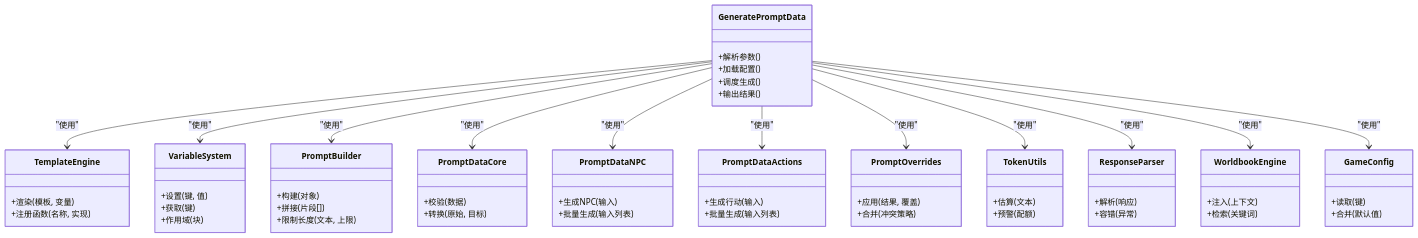
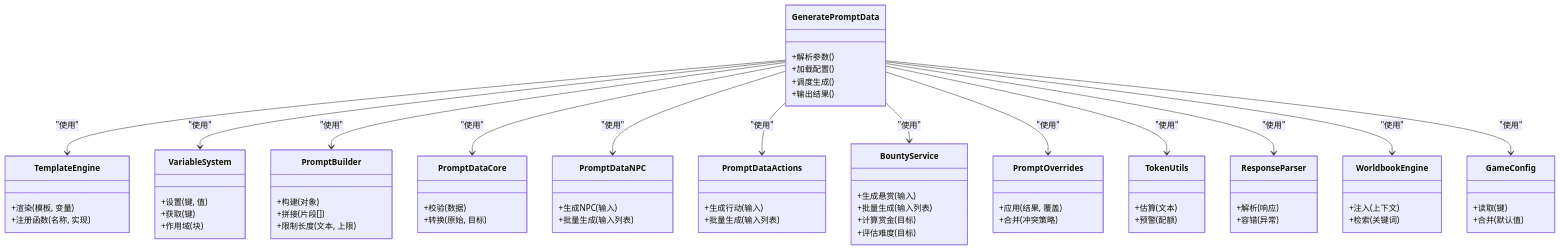
The third of 4 diagrams in .qoder/repowiki/zh/content/开发工具/提示词数据生成工具.md (Ji-Haitang/char_card_1), drawn with Mermaid before and after one commit. The commit also changed other lines of this file and 45 other files, not shown here.

````diff
--- a/.qoder/repowiki/zh/content/开发工具/提示词数据生成工具.md
+++ b/.qoder/repowiki/zh/content/开发工具/提示词数据生成工具.md
@@ -275,66 +288,73 @@
 ```mermaid
 classDiagram
 class GeneratePromptData {
 +解析参数()
 +加载配置()
 +调度生成()
 +输出结果()
 }
 class TemplateEngine {
 +渲染(模板, 变量)
 +注册函数(名称, 实现)
 }
 class VariableSystem {
 +设置(键, 值)
 +获取(键)
 +作用域(块)
 }
 class PromptBuilder {
 +构建(对象)
 +拼接(片段[])
 +限制长度(文本, 上限)
 }
 class PromptDataCore {
 +校验(数据)
 +转换(原始, 目标)
 }
 class PromptDataNPC {
 +生成NPC(输入)
 +批量生成(输入列表)
 }
 class PromptDataActions {
 +生成行动(输入)
 +批量生成(输入列表)
 }
+class BountyService {
++生成悬赏(输入)
++批量生成(输入列表)
++计算赏金(目标)
++评估难度(目标)
+}
 class PromptOverrides {
 +应用(结果, 覆盖)
 +合并(冲突策略)
 }
 class TokenUtils {
 +估算(文本)
 +预警(配额)
 }
 class ResponseParser {
 +解析(响应)
 +容错(异常)
 }
 class WorldbookEngine {
 +注入(上下文)
 +检索(关键词)
 }
 class GameConfig {
 +读取(键)
 +合并(默认值)
 }
 GeneratePromptData --> TemplateEngine : "使用"
 GeneratePromptData --> VariableSystem : "使用"
 GeneratePromptData --> PromptBuilder : "使用"
 GeneratePromptData --> PromptDataCore : "使用"
 GeneratePromptData --> PromptDataNPC : "使用"
 GeneratePromptData --> PromptDataActions : "使用"
+GeneratePromptData --> BountyService : "使用"
 GeneratePromptData --> PromptOverrides : "使用"
 GeneratePromptData --> TokenUtils : "使用"
 GeneratePromptData --> ResponseParser : "使用"
 GeneratePromptData --> WorldbookEngine : "使用"
 GeneratePromptData --> GameConfig : "使用"
 ```
````
